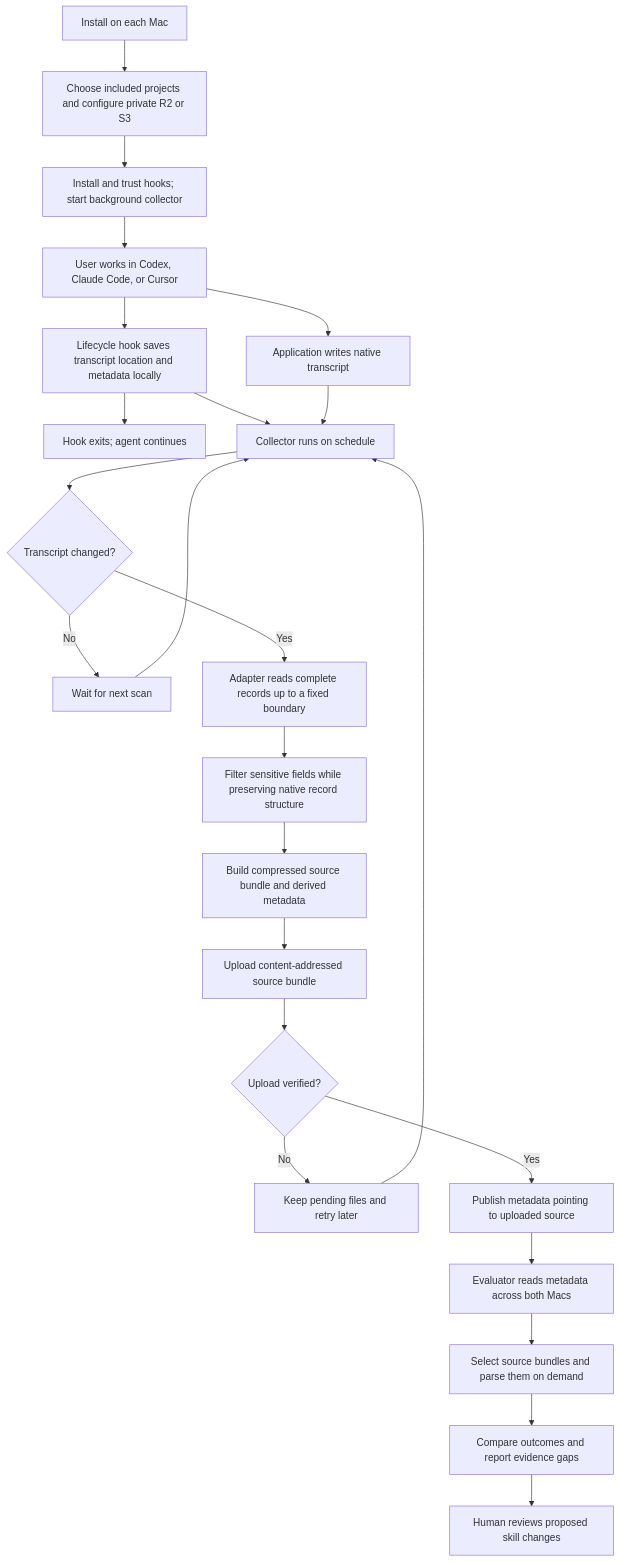
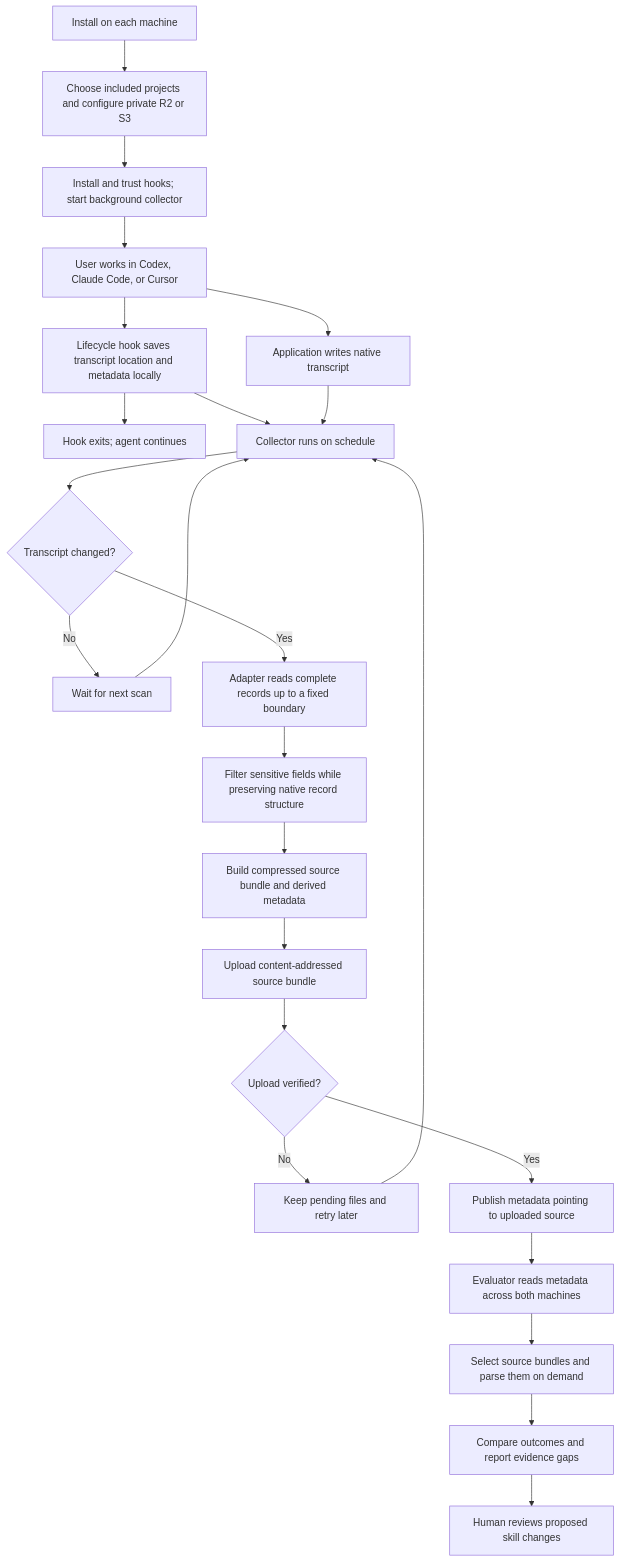
Before and after one commit to wangjohn/agent-archive: the first of 2 diagrams in dev/specs/archive.md, drawn with Mermaid. The commit also changed other lines of this file and 33 other files, not shown here.

First line of the commit message:
Linux 7 (1/2): document Linux support; multiple-macs.md becomes multiple-machines.md

````diff
--- a/dev/specs/archive.md
+++ b/dev/specs/archive.md
@@ -130,26 +130,26 @@
 ```mermaid
 flowchart TD
-    A[Install on each Mac] --> B[Choose included projects and configure private R2 or S3]
+    A[Install on each machine] --> B[Choose included projects and configure private R2 or S3]
     B --> C[Install and trust hooks; start background collector]
     C --> D[User works in Codex, Claude Code, or Cursor]
     D --> E[Application writes native transcript]
     D --> F[Lifecycle hook saves transcript location and metadata locally]
     F --> G[Hook exits; agent continues]
     F --> H[Collector runs on schedule]
     E --> H
     H --> I{Transcript changed?}
     I -- No --> J[Wait for next scan]
     J --> H
     I -- Yes --> K[Adapter reads complete records up to a fixed boundary]
     K --> L[Filter sensitive fields while preserving native record structure]
     L --> M[Build compressed source bundle and derived metadata]
     M --> N[Upload content-addressed source bundle]
     N --> O{Upload verified?}
     O -- No --> P[Keep pending files and retry later]
     P --> H
     O -- Yes --> Q[Publish metadata pointing to uploaded source]
-    Q --> R[Evaluator reads metadata across both Macs]
+    Q --> R[Evaluator reads metadata across both machines]
     R --> S[Select source bundles and parse them on demand]
     S --> T[Compare outcomes and report evidence gaps]
     T --> U[Human reviews proposed skill changes]
 ```
````
